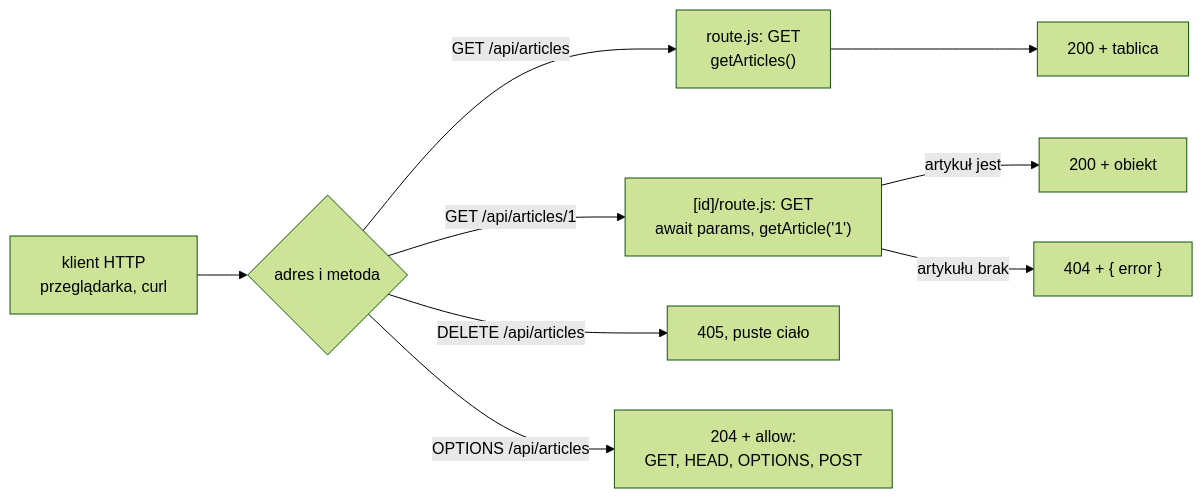
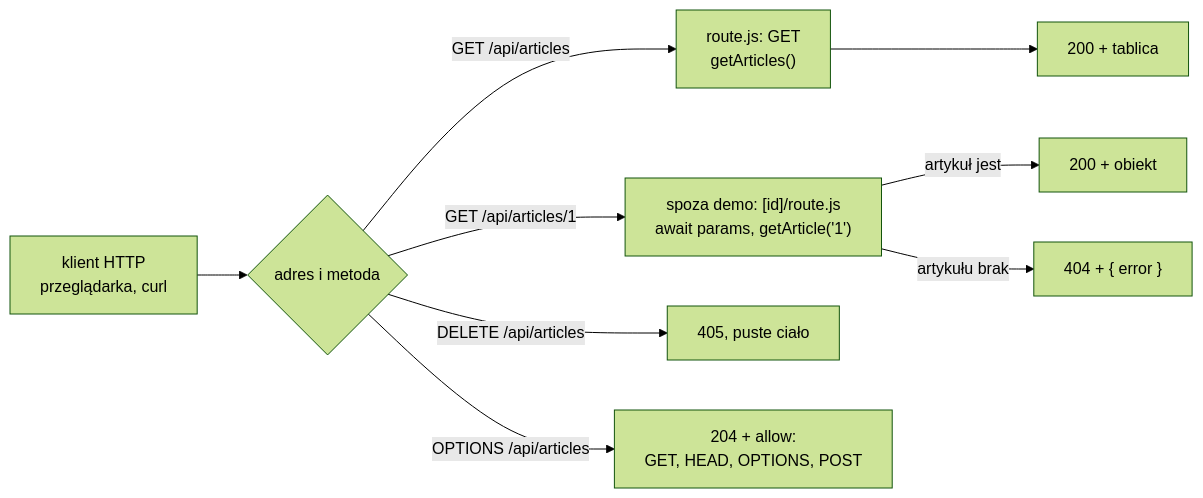
The diagram in lecture05/slides/slide_02_route-handler.md (mmiotk/frontend-development-ug), drawn with Mermaid (forest theme) before and after one commit. The commit also changed other lines of this file and 41 other files, not shown here.

````diff
--- a/lecture05/slides/slide_02_route-handler.md
+++ b/lecture05/slides/slide_02_route-handler.md
@@ -128,12 +127,12 @@
 ```mermaid
 %%{init: {"flowchart": {"wrappingWidth": 360}}}%%
 flowchart LR
     C["klient HTTP<br/>przeglądarka, curl"] --> R{"adres i metoda"}
     R -- "GET /api/articles" --> L["route.js: GET<br/>getArticles()"]
-    R -- "GET /api/articles/1" --> D["[id]/route.js: GET<br/>await params, getArticle('1')"]
+    R -- "GET /api/articles/1" --> D["spoza demo: [id]/route.js<br/>await params, getArticle('1')"]
     R -- "DELETE /api/articles" --> X["405, puste ciało"]
     R -- "OPTIONS /api/articles" --> O["204 + allow:<br/>GET, HEAD, OPTIONS, POST"]
     L --> J["200 + tablica"]
     D -- "artykuł jest" --> J2["200 + obiekt"]
     D -- "artykułu brak" --> N["404 + { error }"]
 ```
````
